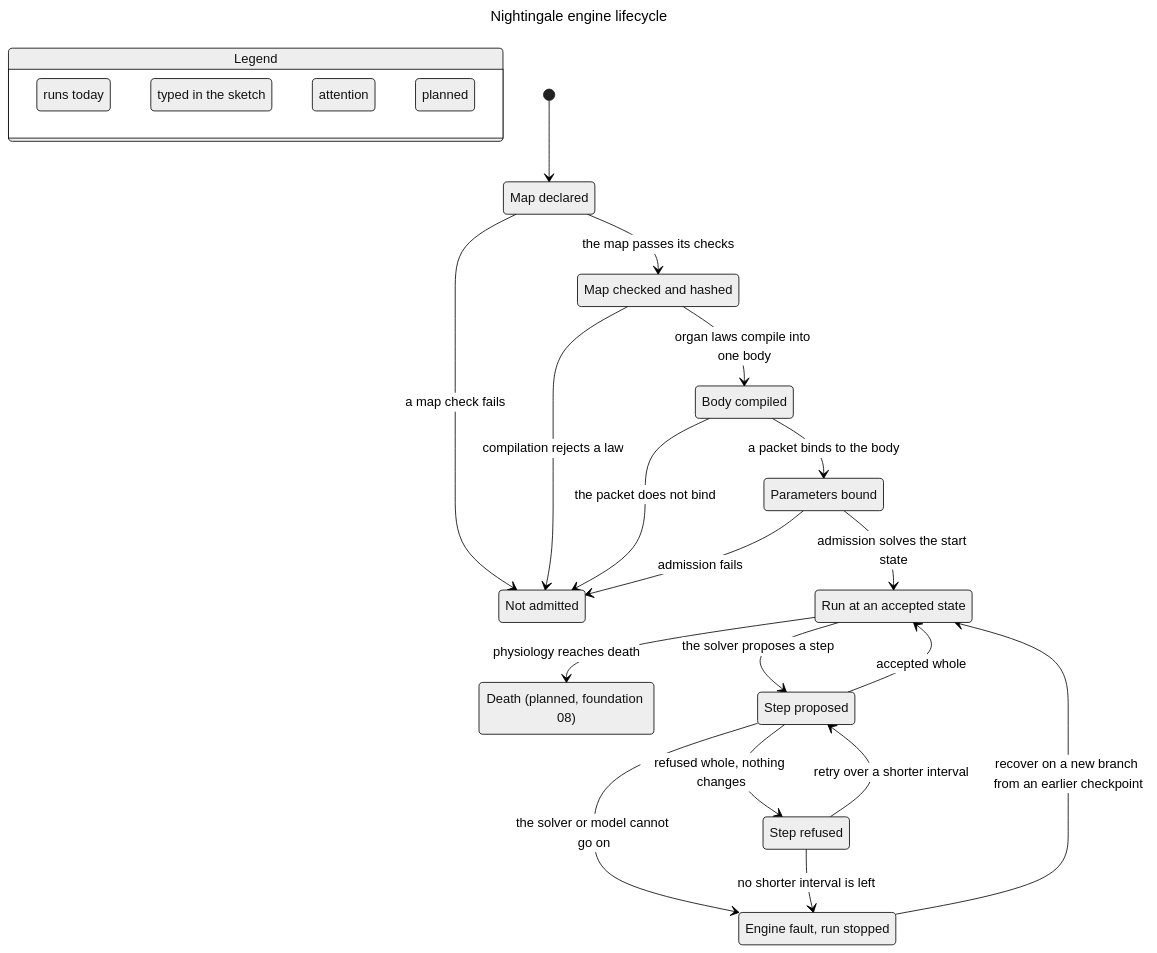
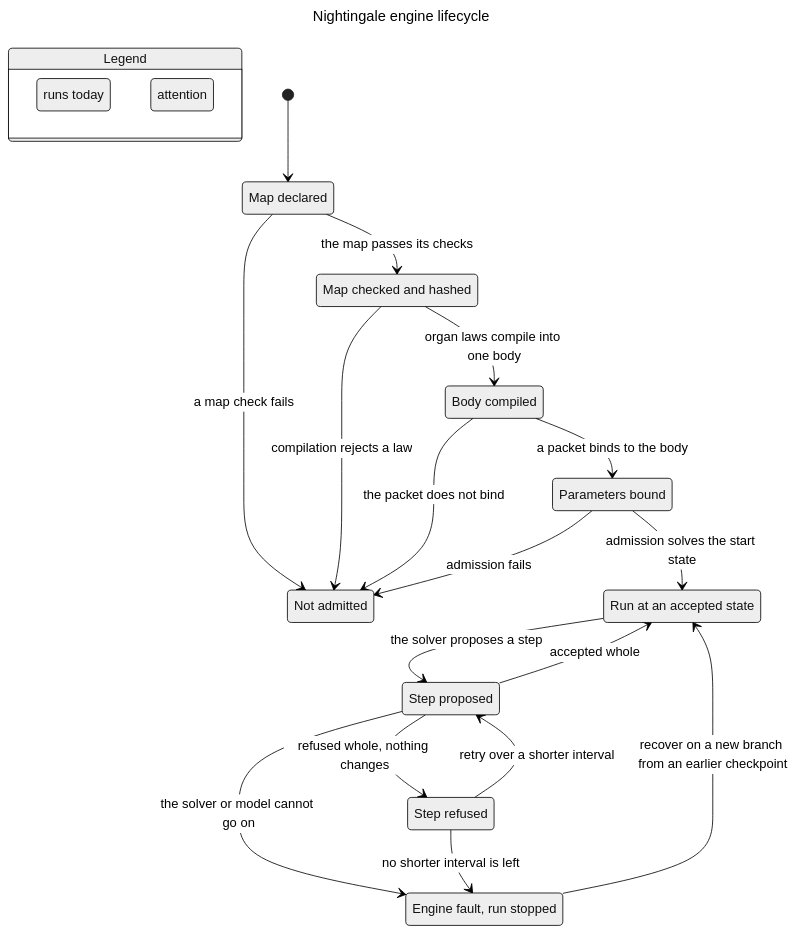
The diagram in docs/statecharts/engine.mmd (ShanesNotes/nightingale), drawn with Mermaid (neutral theme) before and after one commit. The commit also changed 16 other files, not shown here.

```diff
--- a/docs/statecharts/engine.mmd
+++ b/docs/statecharts/engine.mmd
@@ -1,51 +1,44 @@
 ---
 title: "Nightingale engine lifecycle"
 ---
 stateDiagram-v2
   state "Legend" as legend {
     lg0: runs today
-    lg1: typed in the sketch
-    lg2: attention
-    lg3: planned
+    lg1: attention
   }
   class lg0 teal
-  class lg1 blue
-  class lg2 orange
-  class lg3 tan
+  class lg1 orange
   s0: Map declared
   s1: Map checked and hashed
   s2: Not admitted
   s3: Body compiled
   s4: Parameters bound
   s5: Run at an accepted state
-  s6: Death (planned, foundation 08)
-  s7: Step proposed
-  s8: Engine fault, run stopped
-  s9: Step refused
+  s6: Step proposed
+  s7: Engine fault, run stopped
+  s8: Step refused
   [*] --> s0
   s0 --> s1: the map passes its checks
   s0 --> s2: a map check fails
   s1 --> s3: organ laws compile into one body
   s1 --> s2: compilation rejects a law
   s3 --> s4: a packet binds to the body
   s3 --> s2: the packet does not bind
   s4 --> s5: admission solves the start state
   s4 --> s2: admission fails
-  s5 --> s6: physiology reaches death
-  s5 --> s7: the solver proposes a step
-  s7 --> s5: accepted whole
-  s7 --> s8: the solver or model cannot go on
-  s7 --> s9: refused whole, nothing changes
-  s8 --> s5: recover on a new branch from an earlier checkpoint
-  s9 --> s7: retry over a shorter interval
-  s9 --> s8: no shorter interval is left
+  s5 --> s6: the solver proposes a step
+  s6 --> s5: accepted whole
+  s6 --> s7: the solver or model cannot go on
+  s6 --> s8: refused whole, nothing changes
+  s7 --> s5: recover on a new branch from an earlier checkpoint
+  s8 --> s6: retry over a shorter interval
+  s8 --> s7: no shorter interval is left
   class s0 teal
   class s1 teal
   class s2 orange
-  class s3 blue
-  class s4 blue
-  class s5 blue
-  class s6 tan
-  class s7 blue
+  class s3 teal
+  class s4 teal
+  class s5 teal
+  class s6 teal
+  class s7 orange
   class s8 orange
-  class s9 orange
```
